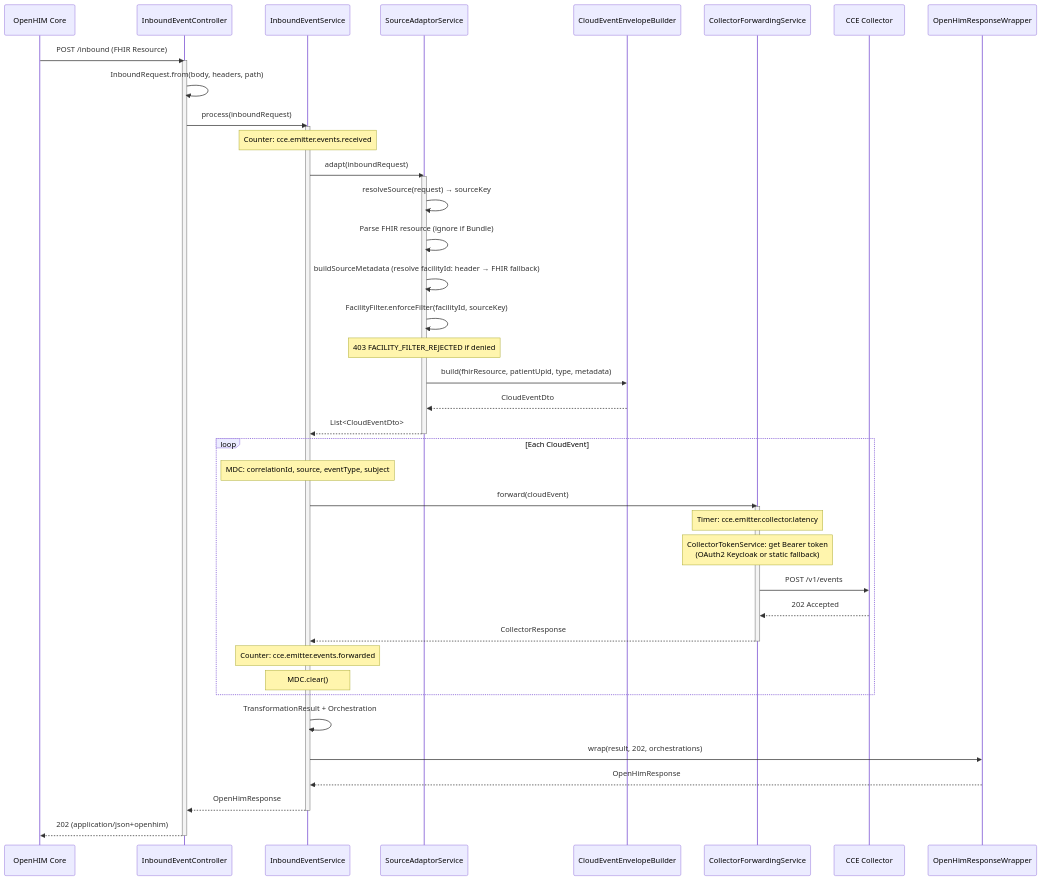
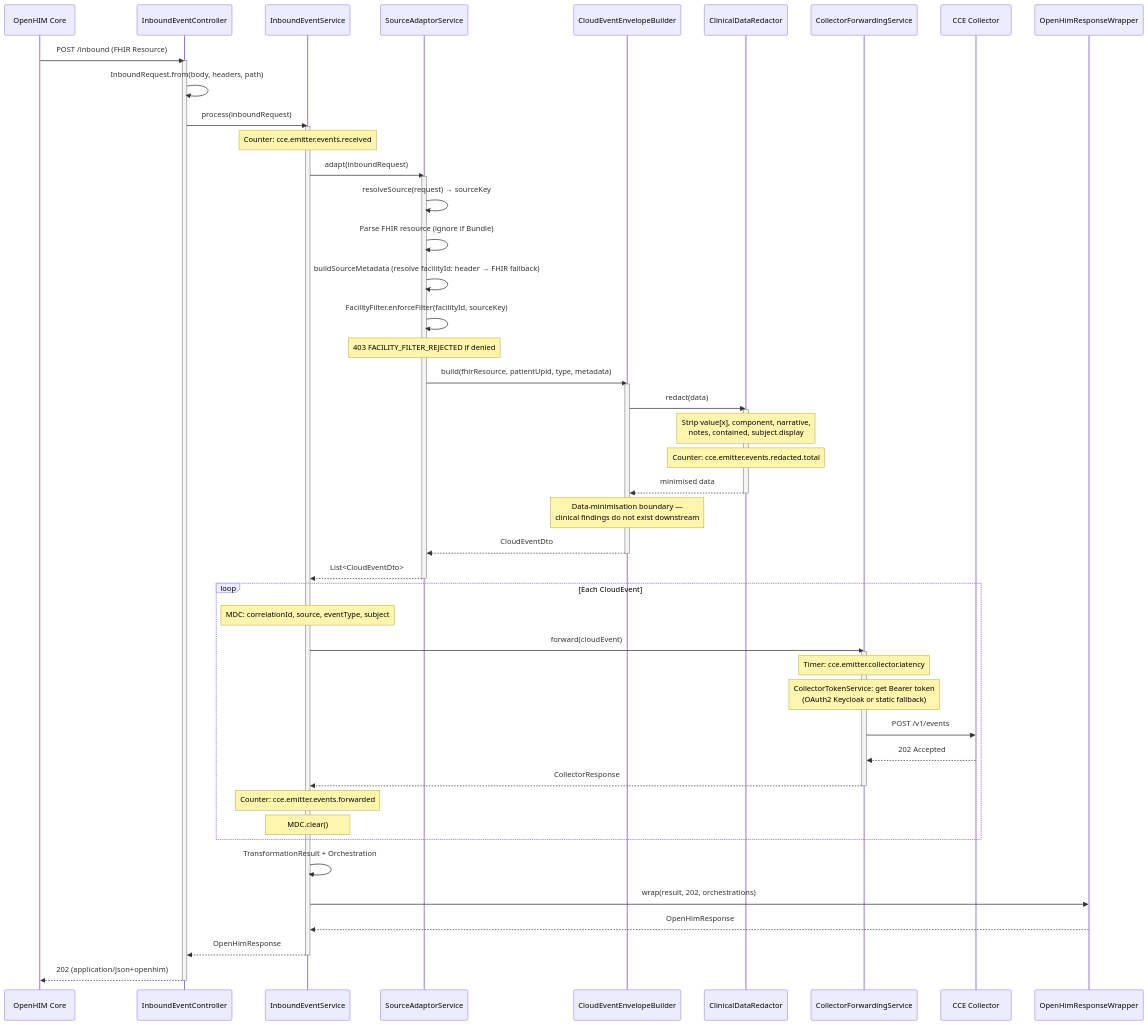
The second of 8 diagrams in docs/flow-diagrams.md (Jayaprakash8887/openhim-cce-emitter-adaptor), drawn with Mermaid before and after one commit. The commit also changed other lines of this file and 12 other files, not shown here.

````diff
--- a/docs/flow-diagrams.md
+++ b/docs/flow-diagrams.md
@@ -47,57 +49,67 @@
 ```mermaid
 sequenceDiagram
     participant OHC as OpenHIM Core
     participant Ctrl as InboundEventController
     participant EvtSvc as InboundEventService
     participant Svc as SourceAdaptorService
     participant CE as CloudEventEnvelopeBuilder
+    participant Red as ClinicalDataRedactor
     participant Fwd as CollectorForwardingService
     participant Col as CCE Collector
     participant Wrap as OpenHimResponseWrapper
 
     OHC->>Ctrl: POST /inbound (FHIR Resource)
     activate Ctrl
 
     Ctrl->>Ctrl: InboundRequest.from(body, headers, path)
 
     Ctrl->>EvtSvc: process(inboundRequest)
     activate EvtSvc
 
     Note over EvtSvc: Counter: cce.emitter.events.received
 
     EvtSvc->>Svc: adapt(inboundRequest)
     activate Svc
     Svc->>Svc: resolveSource(request) → sourceKey
     Svc->>Svc: Parse FHIR resource (ignore if Bundle)
     Svc->>Svc: buildSourceMetadata (resolve facilityId: header → FHIR fallback)
     Svc->>Svc: FacilityFilter.enforceFilter(facilityId, sourceKey)
     Note over Svc: 403 FACILITY_FILTER_REJECTED if denied
     Svc->>CE: build(fhirResource, patientUpid, type, metadata)
+    activate CE
+    CE->>Red: redact(data)
+    activate Red
+    Note over Red: Strip value[x], component, narrative,<br/>notes, contained, subject.display
+    Note over Red: Counter: cce.emitter.events.redacted.total
+    Red-->>CE: minimised data
+    deactivate Red
+    Note over CE: Data-minimisation boundary —<br/>clinical findings do not exist downstream
     CE-->>Svc: CloudEventDto
+    deactivate CE
     Svc-->>EvtSvc: List<CloudEventDto>
     deactivate Svc
 
     loop Each CloudEvent
         Note over EvtSvc: MDC: correlationId, source, eventType, subject
         EvtSvc->>Fwd: forward(cloudEvent)
         activate Fwd
         Note over Fwd: Timer: cce.emitter.collector.latency
         Note over Fwd: CollectorTokenService: get Bearer token<br/>(OAuth2 Keycloak or static fallback)
         Fwd->>Col: POST /v1/events
         Col-->>Fwd: 202 Accepted
         Fwd-->>EvtSvc: CollectorResponse
         deactivate Fwd
         Note over EvtSvc: Counter: cce.emitter.events.forwarded
         Note over EvtSvc: MDC.clear()
     end
 
     EvtSvc->>EvtSvc: TransformationResult + Orchestration
     EvtSvc->>Wrap: wrap(result, 202, orchestrations)
     Wrap-->>EvtSvc: OpenHimResponse
 
     EvtSvc-->>Ctrl: OpenHimResponse
     deactivate EvtSvc
 
     Ctrl-->>OHC: 202 (application/json+openhim)
     deactivate Ctrl
 ```
````
